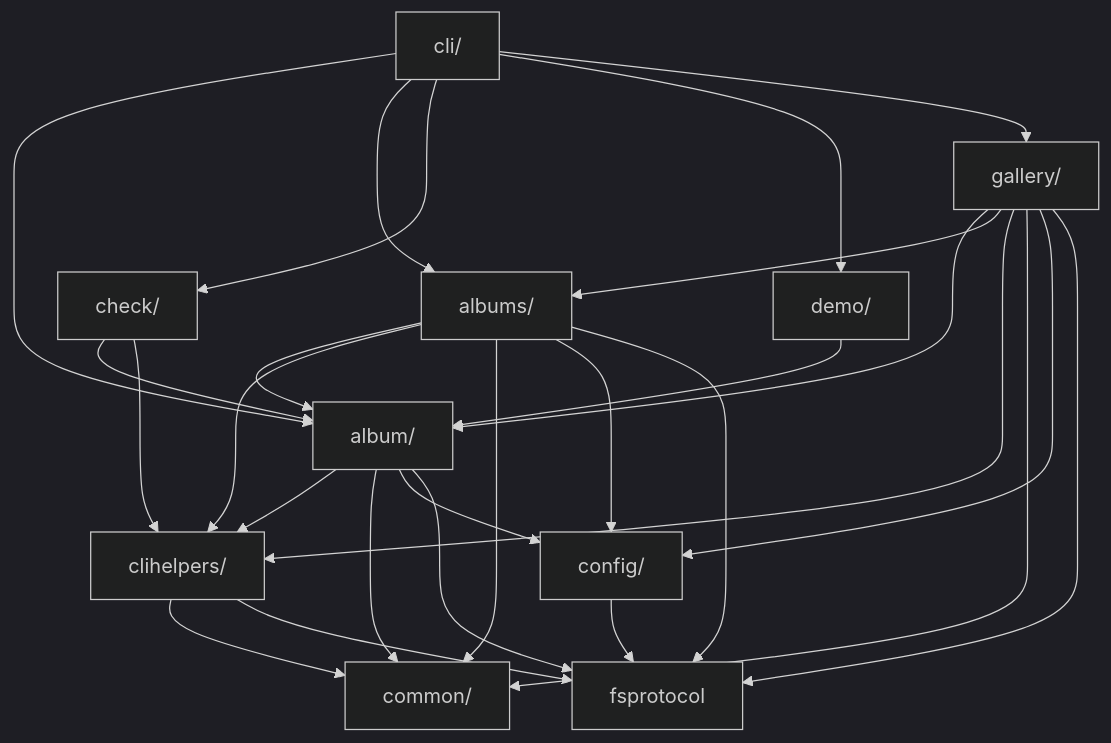
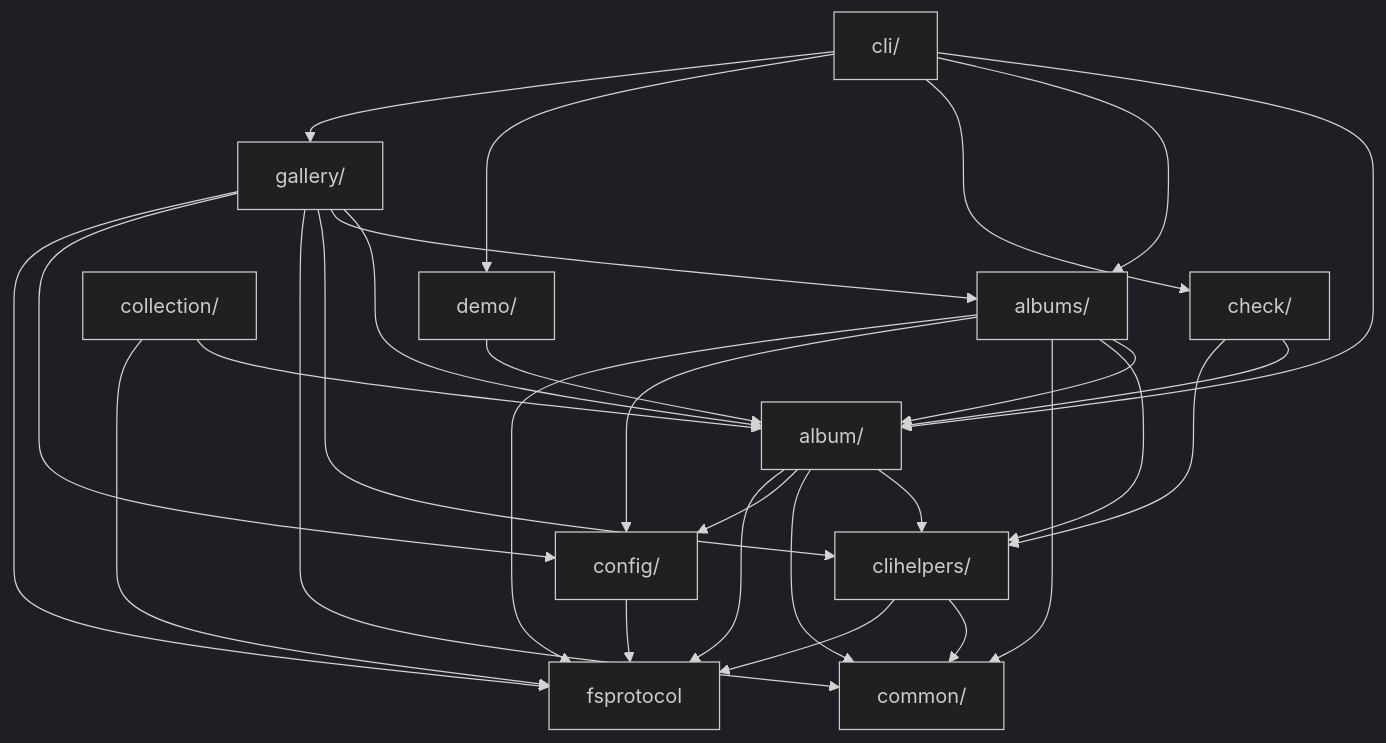
One commit to iglootools/photree changed the diagram in docs/architecture.md. Above: the diagram before and after it, drawn with Mermaid (dark theme). The commit also changed 11 other files, not shown here.

````diff
--- a/docs/architecture.md
+++ b/docs/architecture.md
@@ -17,40 +17,43 @@
 ```mermaid
 graph TD
     album["album/"]
     albums["albums/"]
     check["check/"]
     cli["cli/"]
     clihelpers["clihelpers/"]
+    collection["collection/"]
     common["common/"]
     config["config/"]
     demo["demo/"]
     fsprotocol["fsprotocol"]
     gallery["gallery/"]
 
     album --> clihelpers
     album --> common
     album --> config
     album --> fsprotocol
     albums --> album
     albums --> clihelpers
     albums --> common
     albums --> config
     albums --> fsprotocol
     check --> album
     check --> clihelpers
     cli --> album
     cli --> albums
     cli --> check
     cli --> demo
     cli --> gallery
     clihelpers --> common
     clihelpers --> fsprotocol
+    collection --> album
+    collection --> fsprotocol
     config --> fsprotocol
     demo --> album
     gallery --> album
     gallery --> albums
     gallery --> clihelpers
     gallery --> common
     gallery --> config
     gallery --> fsprotocol
 ```
````
